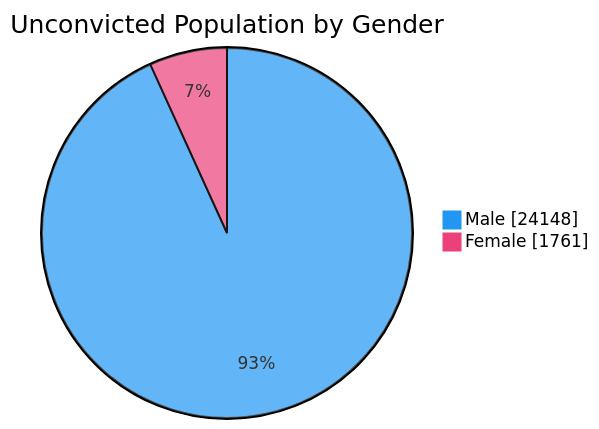
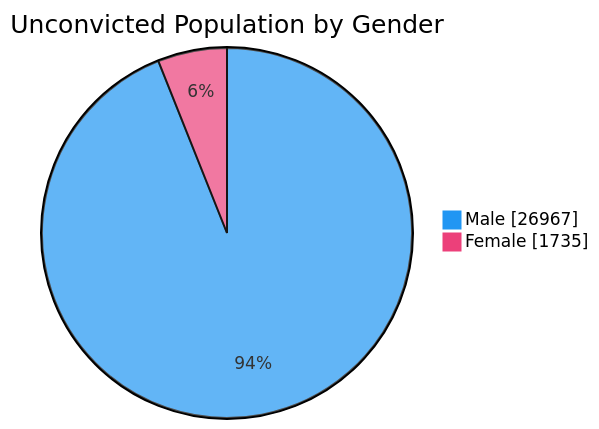
One commit to nuuuwan/lk_prisons changed the fourth of 7 diagrams in README.md. Above: the diagram before and after it, drawn with Mermaid. The commit also changed other lines of this file and 1 other file, not shown here.

````diff
--- a/README.md
+++ b/README.md
@@ -76,6 +76,6 @@
 ```mermaid
 %%{init: {'themeVariables': {'pie1': '#2196F3', 'pie2': '#EC407A'}}}%%
 pie showData title Unconvicted Population by Gender
-    "Male" : 24148
-    "Female" : 1761
+    "Male" : 26967
+    "Female" : 1735
 ```
````
